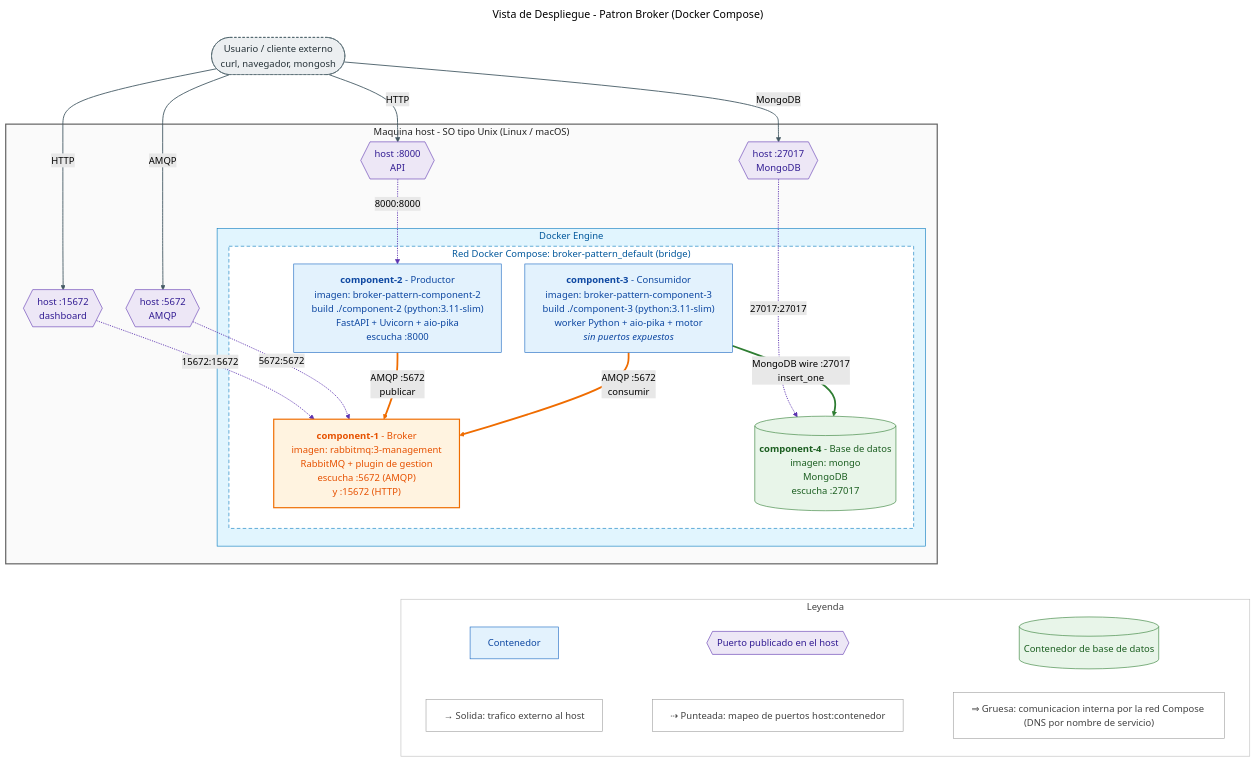
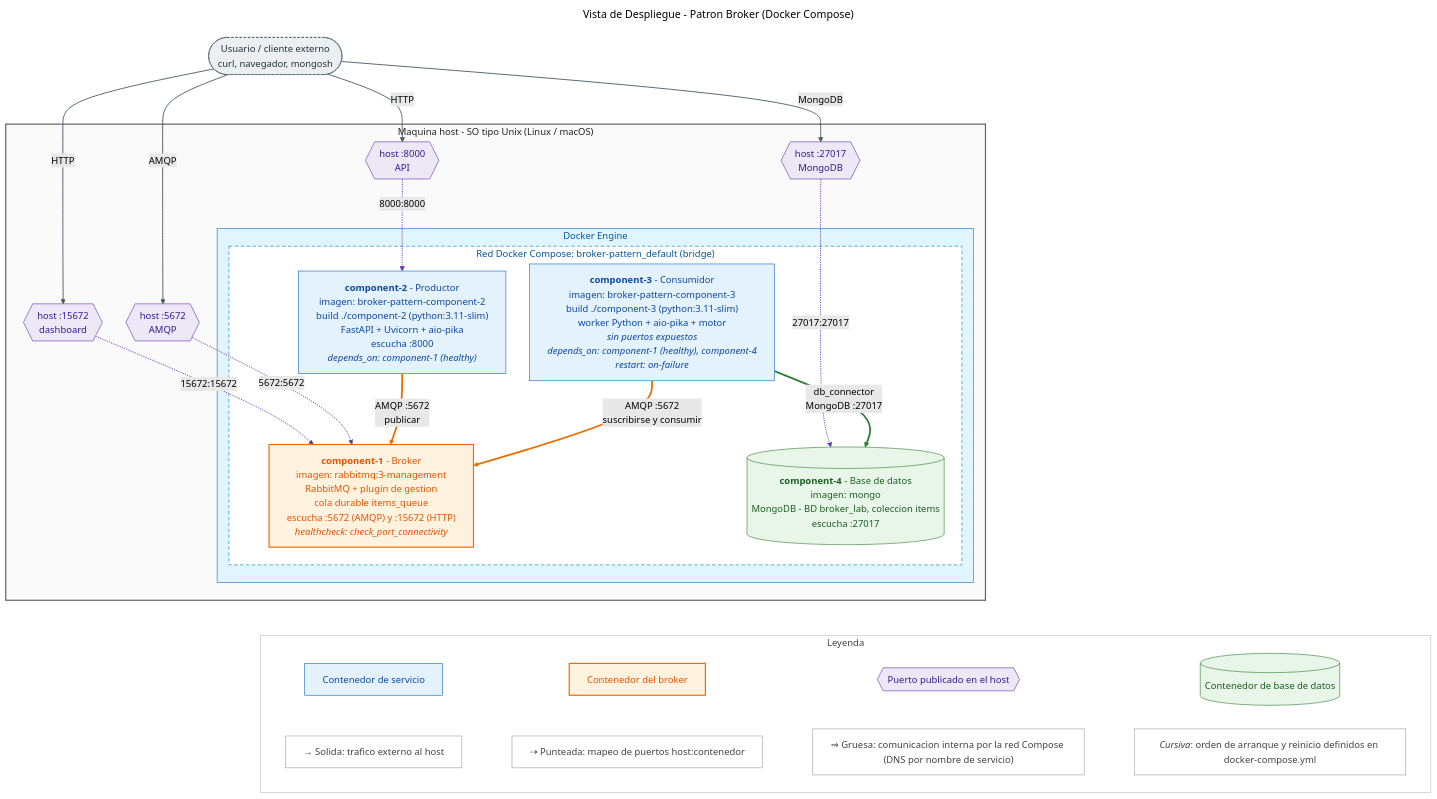
One commit to nicole1ariadna/Labs-Arquisoft changed the second of 2 diagrams in Lab4/README.md. Above: the diagram before and after it, drawn with Mermaid (forest theme). The commit also changed other lines of this file and 4 other files, not shown here.

First line of the commit message:
Rectifica las vistas del Lab 4 según la guía

```diff
--- a/Lab4/README.md
+++ b/Lab4/README.md
@@ -369,10 +390,10 @@
 
         subgraph engine["Docker Engine"]
             subgraph red["Red Docker Compose: broker-pattern_default (bridge)"]
-                c2["<b>component-2</b> - Productor<br/>imagen: broker-pattern-component-2<br/>build ./component-2 (python:3.11-slim)<br/>FastAPI + Uvicorn + aio-pika<br/>escucha :8000"]
-                c1["<b>component-1</b> - Broker<br/>imagen: rabbitmq:3-management<br/>RabbitMQ + plugin de gestion<br/>escucha :5672 (AMQP)<br/>y :15672 (HTTP)"]
-                c3["<b>component-3</b> - Consumidor<br/>imagen: broker-pattern-component-3<br/>build ./component-3 (python:3.11-slim)<br/>worker Python + aio-pika + motor<br/><i>sin puertos expuestos</i>"]
-                c4[("<b>component-4</b> - Base de datos<br/>imagen: mongo<br/>MongoDB<br/>escucha :27017")]
+                c2["<b>component-2</b> - Productor<br/>imagen: broker-pattern-component-2<br/>build ./component-2 (python:3.11-slim)<br/>FastAPI + Uvicorn + aio-pika<br/>escucha :8000<br/><i>depends_on: component-1 (healthy)</i>"]
+                c1["<b>component-1</b> - Broker<br/>imagen: rabbitmq:3-management<br/>RabbitMQ + plugin de gestion<br/>cola durable items_queue<br/>escucha :5672 (AMQP) y :15672 (HTTP)<br/><i>healthcheck: check_port_connectivity</i>"]
+                c3["<b>component-3</b> - Consumidor<br/>imagen: broker-pattern-component-3<br/>build ./component-3 (python:3.11-slim)<br/>worker Python + aio-pika + motor<br/><i>sin puertos expuestos</i><br/><i>depends_on: component-1 (healthy), component-4</i><br/><i>restart: on-failure</i>"]
+                c4[("<b>component-4</b> - Base de datos<br/>imagen: mongo<br/>MongoDB - BD broker_lab, coleccion items<br/>escucha :27017")]
             end
         end
     end
@@ -388,18 +409,20 @@
     p27017 -. "27017:27017" .-> c4
 
     c2 == "AMQP :5672<br/>publicar" ==> c1
-    c3 == "AMQP :5672<br/>consumir" ==> c1
-    c3 == "MongoDB wire :27017<br/>insert_one" ==> c4
+    c3 == "AMQP :5672<br/>suscribirse y consumir" ==> c1
+    c3 == "db_connector<br/>MongoDB :27017" ==> c4
 
     subgraph leyenda["Leyenda"]
-        lc["Contenedor"]
+        lc["Contenedor de servicio"]
+        lk["Contenedor del broker"]
         lp{{"Puerto publicado en el host"}}
         ld[("Contenedor de base de datos")]
         le["#8594; Solida: trafico externo al host"]
         lm["#8674; Punteada: mapeo de puertos host:contenedor"]
         li["#8658; Gruesa: comunicacion interna por la red Compose (DNS por nombre de servicio)"]
-        lc ~~~ lp ~~~ ld
-        le ~~~ lm ~~~ li
+        lt["<i>Cursiva</i>: orden de arranque y reinicio definidos en docker-compose.yml"]
+        lc ~~~ lk ~~~ lp ~~~ ld
+        le ~~~ lm ~~~ li ~~~ lt
     end
 
     %% enlace invisible: ubica la leyenda debajo del host
@@ -414,10 +437,10 @@
 
     class usuario externo;
     class c2,c3,lc contenedor;
-    class c1 broker;
+    class c1,lk broker;
     class c4,ld bd;
     class p8000,p15672,p5672,p27017,lp puerto;
-    class le,lm,li nota;
+    class le,lm,li,lt nota;
 
     style host fill:#fafafa,stroke:#616161,color:#212121,stroke-width:2px;
     style engine fill:#e1f5fe,stroke:#0277bd,color:#01579b;
```
